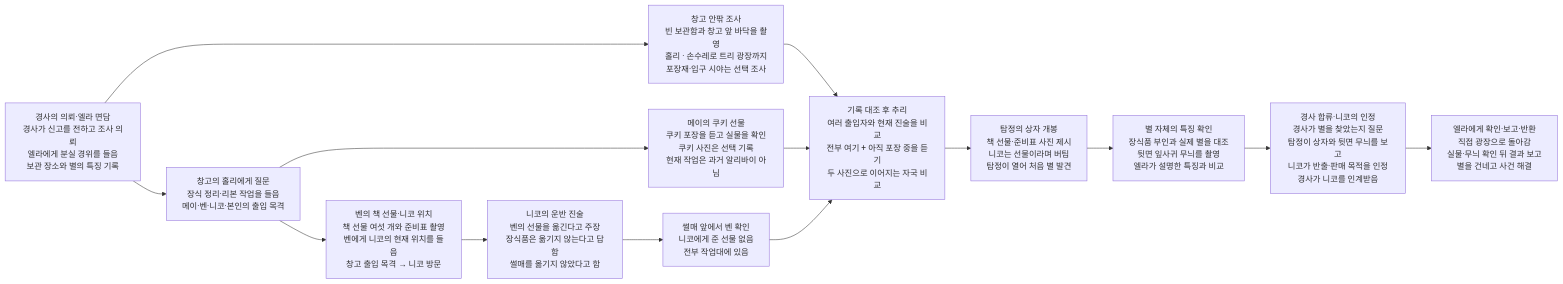
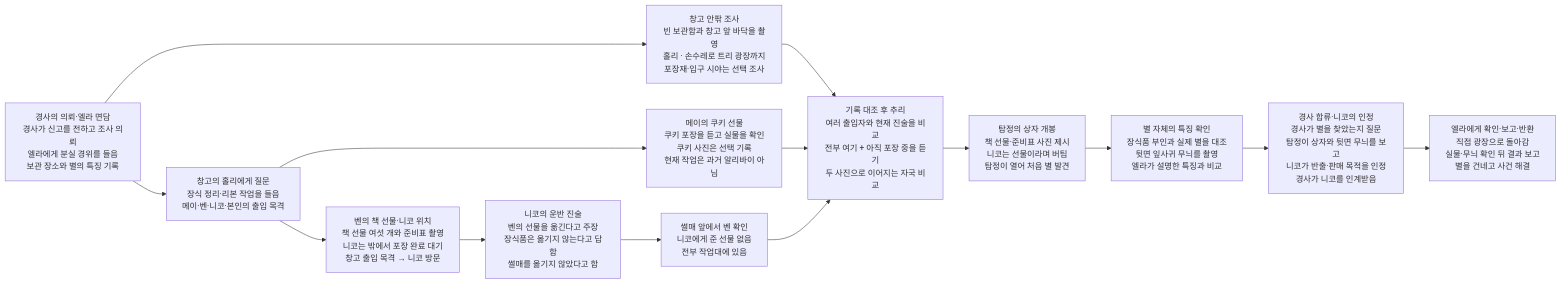
Before and after one commit to wonny95/detective-v2: the second of 2 diagrams in design/case-10-christmas-star.md, drawn with Mermaid. The commit also changed other lines of this file and 2 other files, not shown here.

````diff
--- a/design/case-10-christmas-star.md
+++ b/design/case-10-christmas-star.md
@@ -47,28 +47,28 @@
 ```mermaid
 flowchart LR
     s1["경사의 의뢰·엘라 면담<br/>경사가 신고를 전하고 조사 의뢰<br/>엘라에게 분실 경위를 들음<br/>보관 장소와 별의 특징 기록"]
     s2["창고의 홀리에게 질문<br/>장식 정리·리본 작업을 들음<br/>메이·벤·니코·본인의 출입 목격"]
     s3["창고 안팎 조사<br/>빈 보관함과 창고 앞 바닥을 촬영<br/>홀리 · 손수레로 트리 광장까지<br/>포장재·입구 시야는 선택 조사"]
     s4["메이의 쿠키 선물<br/>쿠키 포장을 듣고 실물을 확인<br/>쿠키 사진은 선택 기록<br/>현재 작업은 과거 알리바이 아님"]
-    s5["벤의 책 선물·니코 위치<br/>책 선물 여섯 개와 준비표 촬영<br/>벤에게 니코의 현재 위치를 들음<br/>창고 출입 목격 → 니코 방문"]
+    s5["벤의 책 선물·니코 위치<br/>책 선물 여섯 개와 준비표 촬영<br/>니코는 밖에서 포장 완료 대기<br/>창고 출입 목격 → 니코 방문"]
     s6["니코의 운반 진술<br/>벤의 선물을 옮긴다고 주장<br/>장식품은 옮기지 않는다고 답함<br/>썰매를 옮기지 않았다고 함"]
     s7["썰매 앞에서 벤 확인<br/>니코에게 준 선물 없음<br/>전부 작업대에 있음"]
     s8["기록 대조 후 추리<br/>여러 출입자와 현재 진술을 비교<br/>전부 여기 + 아직 포장 중을 듣기<br/>두 사진으로 이어지는 자국 비교"]
     s9["탐정의 상자 개봉<br/>책 선물·준비표 사진 제시<br/>니코는 선물이라며 버팀<br/>탐정이 열어 처음 별 발견"]
     s10["별 자체의 특징 확인<br/>장식품 부인과 실제 별을 대조<br/>뒷면 잎사귀 무늬를 촬영<br/>엘라가 설명한 특징과 비교"]
     s11["경사 합류·니코의 인정<br/>경사가 별을 찾았는지 질문<br/>탐정이 상자와 뒷면 무늬를 보고<br/>니코가 반출·판매 목적을 인정<br/>경사가 니코를 인계받음"]
     s12["엘라에게 확인·보고·반환<br/>직접 광장으로 돌아감<br/>실물·무늬 확인 뒤 결과 보고<br/>별을 건네고 사건 해결"]
     s1 --> s2
     s1 --> s3
     s2 --> s4
     s2 --> s5
     s3 --> s8
     s4 --> s8
     s5 --> s6
     s6 --> s7
     s7 --> s8
     s8 --> s9
     s9 --> s10
     s10 --> s11
     s11 --> s12
 ```
````
